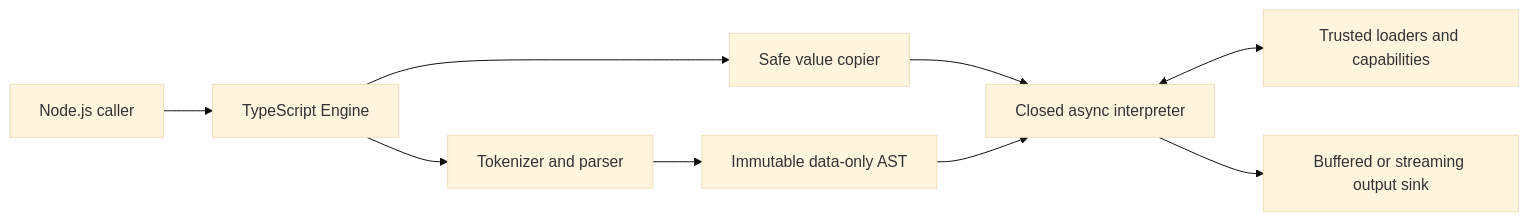
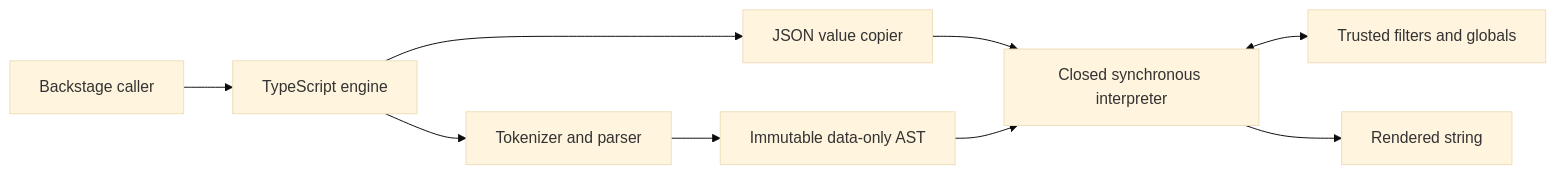
Before and after one commit to Rugvip/nunjitsu: the diagram in docs/architecture.md, drawn with Mermaid (base theme). The commit also changed other lines of this file and 9 other files, not shown here.

````diff
--- a/docs/architecture.md
+++ b/docs/architecture.md
@@ -23,11 +22,11 @@
 ```mermaid
 flowchart LR
-    A["Node.js caller"] --> B["TypeScript Engine"]
-    B --> C["Safe value copier"]
+    A["Backstage caller"] --> B["TypeScript engine"]
+    B --> C["JSON value copier"]
     B --> D["Tokenizer and parser"]
     D --> E["Immutable data-only AST"]
-    C --> F["Closed async interpreter"]
+    C --> F["Closed synchronous interpreter"]
     E --> F
-    F <--> G["Trusted loaders and capabilities"]
-    F --> H["Buffered or streaming output sink"]
+    F <--> G["Trusted filters and globals"]
+    F --> H["Rendered string"]
 ```
````
